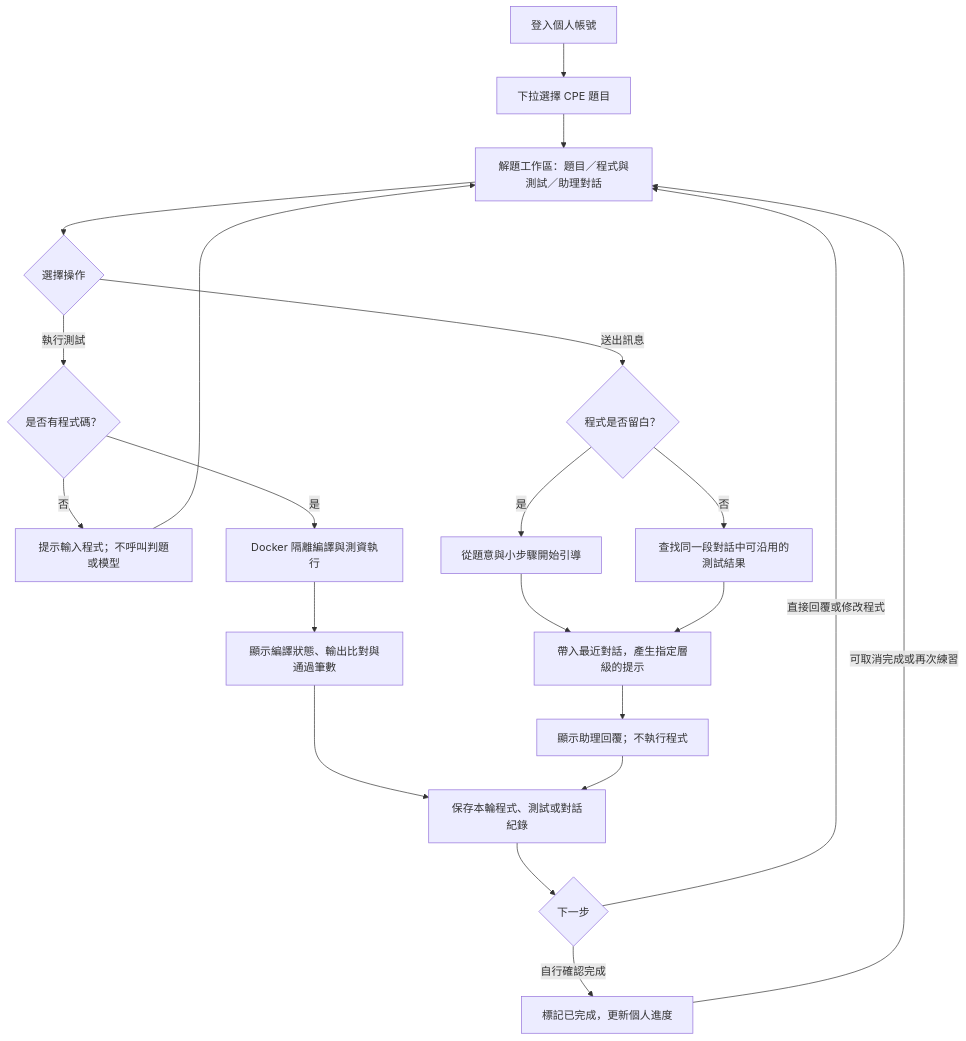
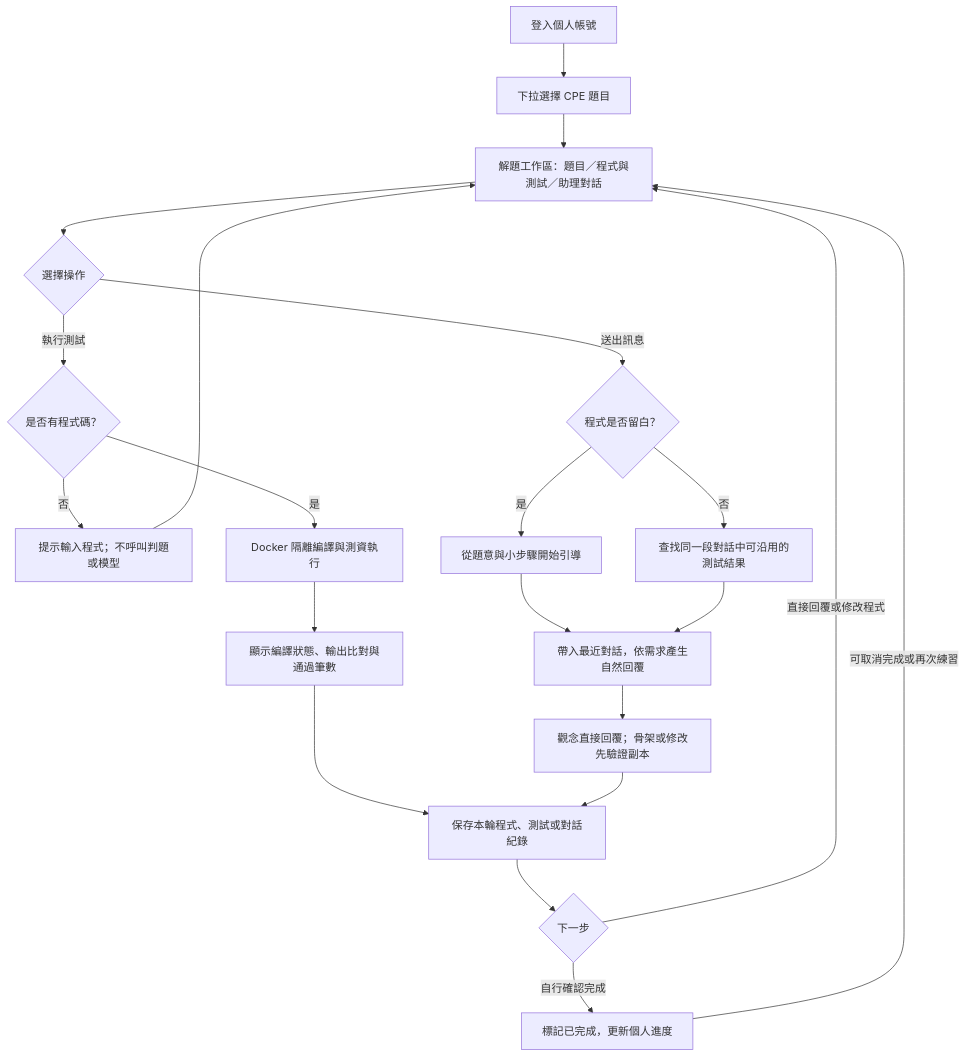
The first of 6 diagrams in docs/FLOWCHARTS.md (yuu1026/CPE-Coach), drawn with Mermaid before and after one commit. The commit also changed other lines of this file and 29 other files, not shown here.

````diff
--- a/docs/FLOWCHARTS.md
+++ b/docs/FLOWCHARTS.md
@@ -7,23 +7,23 @@
 ```mermaid
 flowchart TD
     A["登入個人帳號"] --> B["下拉選擇 CPE 題目"]
     B --> C["解題工作區：題目／程式與測試／助理對話"]
     C --> D{"選擇操作"}
     D -->|執行測試| E{"是否有程式碼？"}
     E -->|否| F["提示輸入程式；不呼叫判題或模型"]
     F --> C
     E -->|是| G["Docker 隔離編譯與測資執行"]
     G --> H["顯示編譯狀態、輸出比對與通過筆數"]
     D -->|送出訊息| I{"程式是否留白？"}
     I -->|是| J["從題意與小步驟開始引導"]
     I -->|否| K["查找同一段對話中可沿用的測試結果"]
-    J --> L["帶入最近對話，產生指定層級的提示"]
+    J --> L["帶入最近對話，依需求產生自然回覆"]
     K --> L
-    L --> M["顯示助理回覆；不執行程式"]
+    L --> M["觀念直接回覆；骨架或修改先驗證副本"]
     H --> N["保存本輪程式、測試或對話紀錄"]
     M --> N
     N --> O{"下一步"}
     O -->|直接回覆或修改程式| C
     O -->|自行確認完成| P["標記已完成，更新個人進度"]
     P -->|可取消完成或再次練習| C
 ```
````
